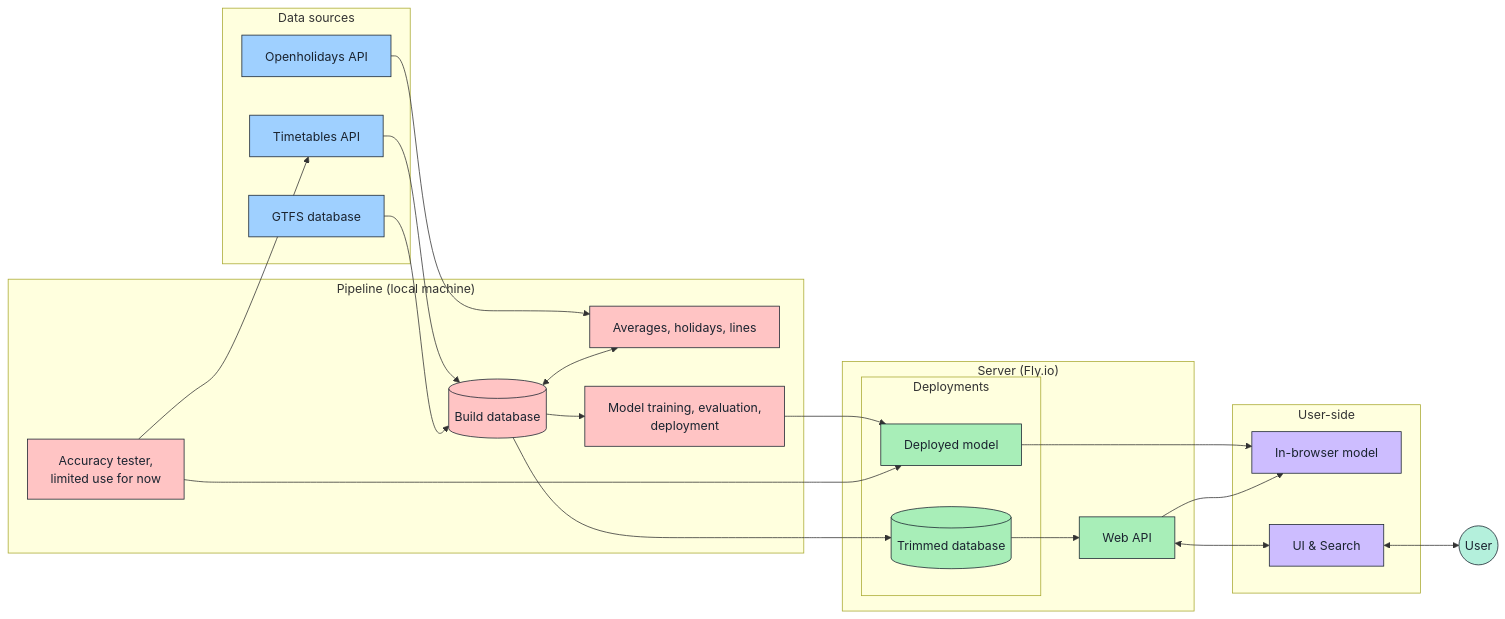
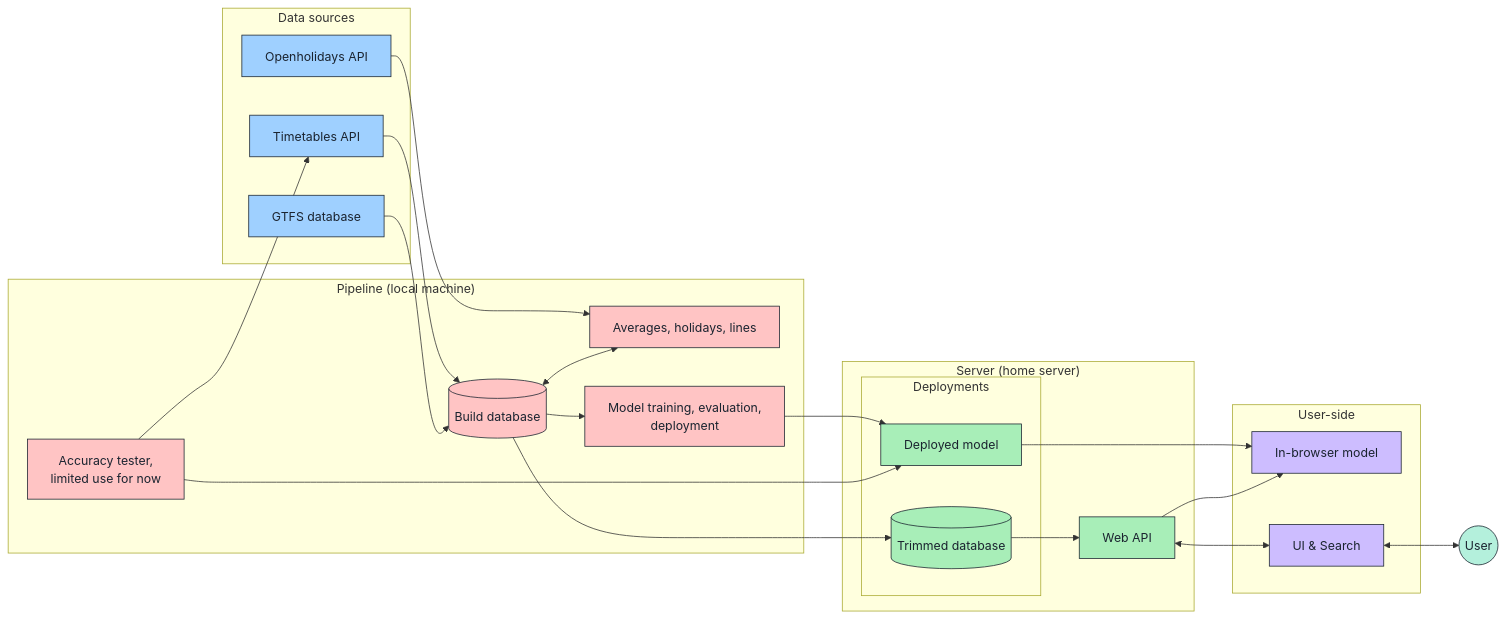
One commit to AnasSh123G/DB-reliability-app changed the diagram in docs/architecture-uml.md. Above: the diagram before and after it, drawn with Mermaid. The commit also changed 8 other files, not shown here.

First line of the commit message:
chore(deploy): remove Fly.io, the home server is the only deployment

````diff
--- a/docs/architecture-uml.md
+++ b/docs/architecture-uml.md
@@ -3,56 +3,56 @@
 ```mermaid
 flowchart LR
   subgraph SRC["Data sources"]
     TT["Timetables API"]
     GT["GTFS database"]
     OH["Openholidays API"]
   end
 
   subgraph PIPE["Pipeline (local machine)"]
     ACC["Accuracy tester,<br/>limited use for now"]
     BDB[("Build database")]
     AVG["Averages, holidays, lines"]
     TRAIN["Model training, evaluation,<br/>deployment"]
   end
 
-  subgraph SERVER["Server (Fly.io)"]
+  subgraph SERVER["Server (home server)"]
     subgraph DEP["Deployments"]
       DM["Deployed model"]
       TDB[("Trimmed database")]
     end
     API["Web API"]
   end
 
   subgraph CLIENT["User-side"]
     BM["In-browser model"]
     UI["UI & Search"]
   end
 
   USER(("User"))
 
   TT --> BDB
   GT --> BDB
   OH --> AVG
   ACC --> TT
   BDB <--> AVG
   BDB --> TRAIN
   BDB --> TDB
   TRAIN --> DM
   ACC --> DM
   TDB --> API
   DM --> BM
   API --> BM
   API <--> UI
   UI <--> USER
 
   classDef source fill:#9fd0ff,stroke:#1b2430,color:#1b2430
   classDef pipe fill:#ffc4c4,stroke:#1b2430,color:#1b2430
   classDef deploy fill:#a8eeb8,stroke:#1b2430,color:#1b2430
   classDef client fill:#cdbdff,stroke:#1b2430,color:#1b2430
   classDef person fill:#b4f0dc,stroke:#1b2430,color:#1b2430
   class TT,GT,OH source
   class ACC,BDB,AVG,TRAIN pipe
   class DM,TDB,API deploy
   class BM,UI client
   class USER person
 ```
````
